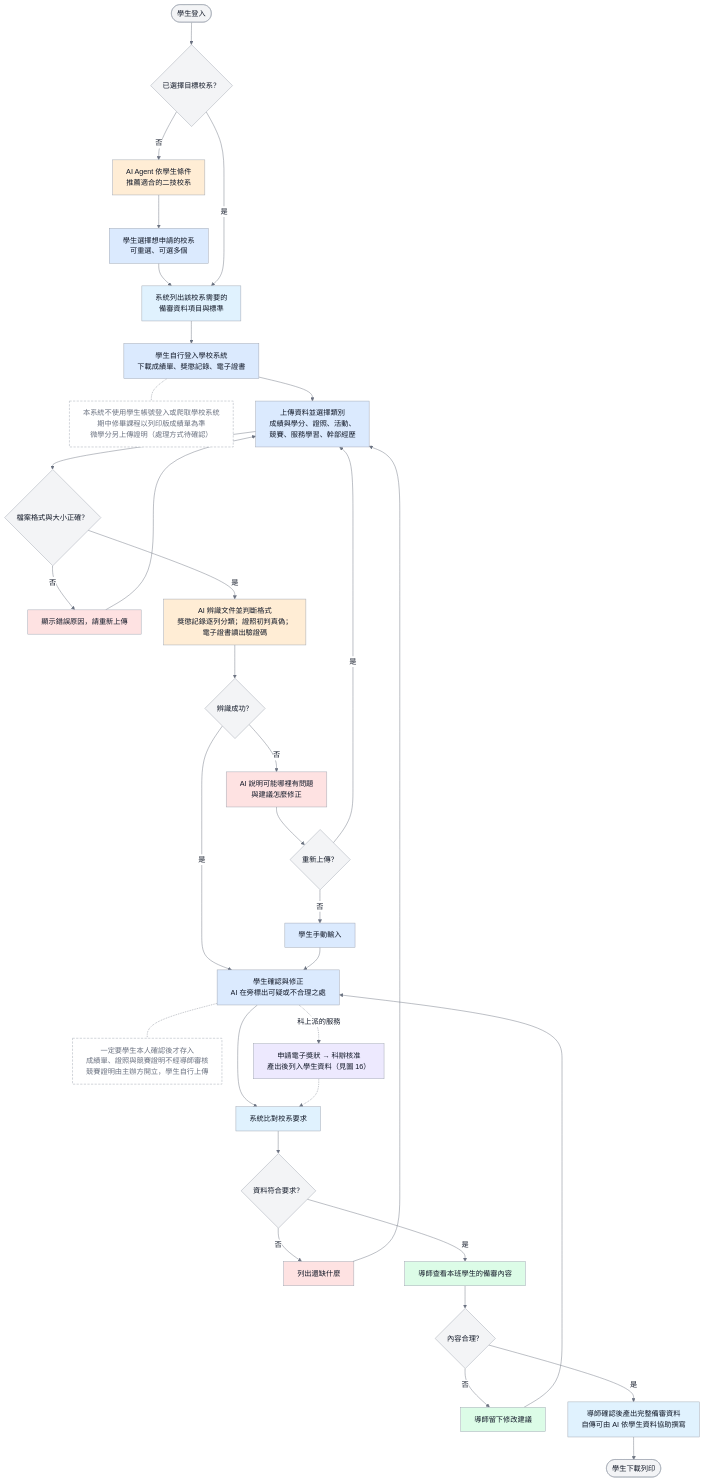
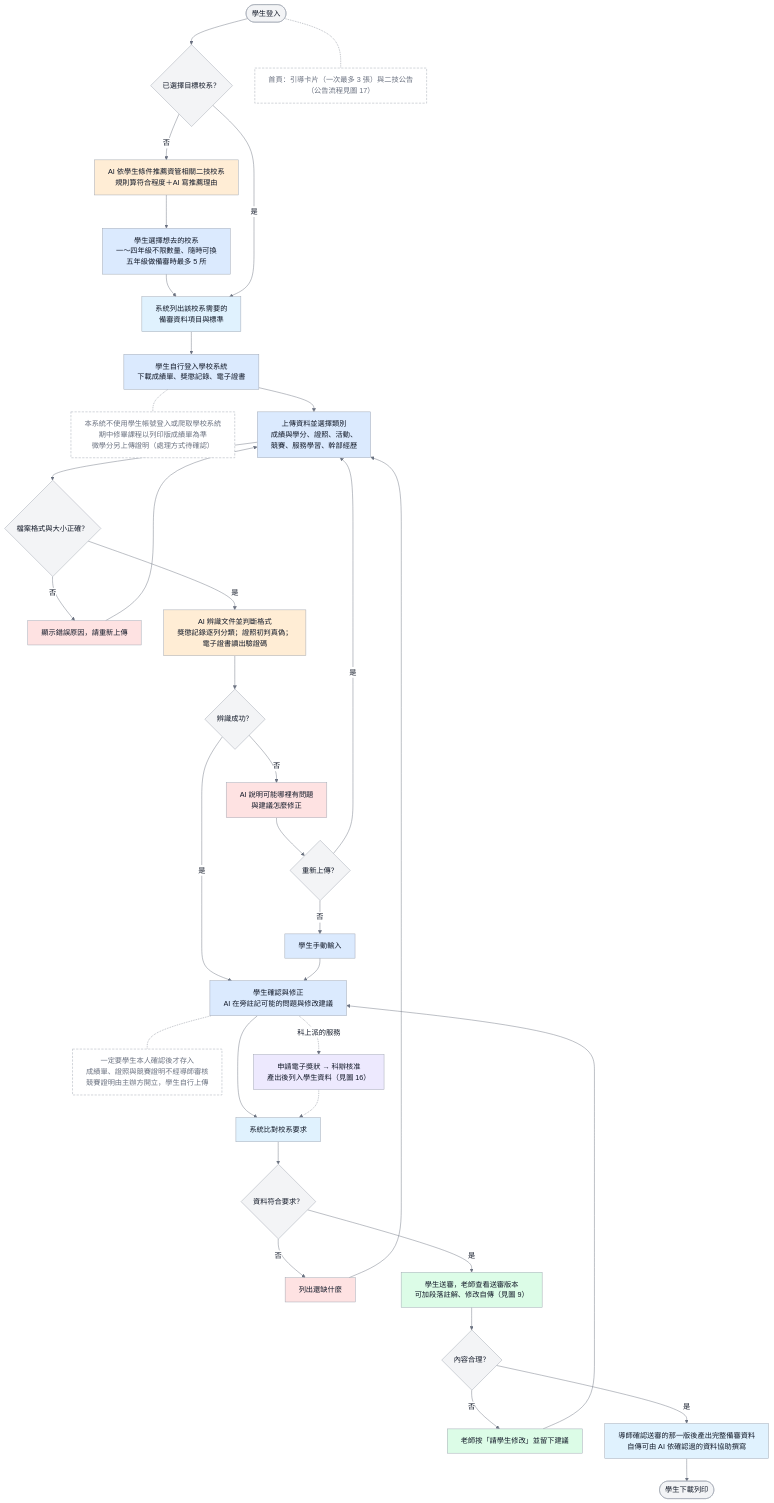
One commit to vujhdcusa/1028 changed the diagram in docs/images/D-10-main-line-flow.mmd. Above: the diagram before and after it, drawn with Mermaid. The commit also changed 42 other files, not shown here.

Commit message:
流程圖依 10-10 定案更新：圖 5、8、9、11～16 與使用案例圖；新增圖 17 二技公告；ERD 補 6 張表；新增流程圖彙整簡報（不覆蓋 10-07 討論簡報）

```diff
--- a/docs/images/D-10-main-line-flow.mmd
+++ b/docs/images/D-10-main-line-flow.mmd
@@ -1,42 +1,43 @@
 %%{init: {'theme':'base','themeVariables': {'fontFamily':'Microsoft JhengHei, Noto Sans TC, Arial, sans-serif','primaryColor':'#F3F4F6','primaryTextColor':'#111827','primaryBorderColor':'#9CA3AF','lineColor':'#6B7280','edgeLabelBackground':'#FFFFFF'},'flowchart':{'wrappingWidth':400}}}%%
 flowchart TD
     classDef student fill:#DBEAFE,stroke:#9CA3AF,color:#111827,stroke-width:1px;
     classDef system fill:#E0F2FE,stroke:#9CA3AF,color:#111827,stroke-width:1px;
     classDef teacher fill:#DCFCE7,stroke:#9CA3AF,color:#111827,stroke-width:1px;
     classDef staff fill:#EDE9FE,stroke:#9CA3AF,color:#111827,stroke-width:1px;
     classDef ai fill:#FFEDD5,stroke:#9CA3AF,color:#111827,stroke-width:1px;
     classDef alert fill:#FEE2E2,stroke:#9CA3AF,color:#111827,stroke-width:1px;
     classDef note fill:#FFFFFF,stroke:#9CA3AF,color:#6B7280,stroke-width:1px,stroke-dasharray:5 3;
 
     Start([學生登入]) --> HasTarget{已選擇目標校系？}
-    HasTarget -- 否 --> Recommend[AI Agent 依學生條件<br/>推薦適合的二技校系]:::ai
-    Recommend --> Choose[學生選擇想申請的校系<br/>可重選、可選多個]:::student
+    Start -.- Home[首頁：引導卡片（一次最多 3 張）與二技公告<br/>（公告流程見圖 17）]:::note
+    HasTarget -- 否 --> Recommend[AI 依學生條件推薦資管相關二技校系<br/>規則算符合程度＋AI 寫推薦理由]:::ai
+    Recommend --> Choose[學生選擇想去的校系<br/>一～四年級不限數量、隨時可換<br/>五年級做備審時最多 5 所]:::student
     Choose --> Req
     HasTarget -- 是 --> Req[系統列出該校系需要的<br/>備審資料項目與標準]:::system
     Req --> Download[學生自行登入學校系統<br/>下載成績單、獎懲記錄、電子證書]:::student
     Download -.- Note1[本系統不使用學生帳號登入或爬取學校系統<br/>期中修畢課程以列印版成績單為準<br/>微學分另上傳證明（處理方式待確認）]:::note
     Download --> Upload[上傳資料並選擇類別<br/>成績與學分、證照、活動、<br/>競賽、服務學習、幹部經歷]:::student
     Upload --> FileOK{檔案格式與大小正確？}
     FileOK -- 否 --> FileErr[顯示錯誤原因，請重新上傳]:::alert
     FileErr --> Upload
     FileOK -- 是 --> Extract[AI 辨識文件並判斷格式<br/>獎懲記錄逐列分類；證照初判真偽；<br/>電子證書讀出驗證碼]:::ai
     Extract --> Recognized{辨識成功？}
     Recognized -- 否 --> Explain[AI 說明可能哪裡有問題<br/>與建議怎麼修正]:::alert
     Explain --> Retry{重新上傳？}
     Retry -- 是 --> Upload
     Retry -- 否 --> Manual[學生手動輸入]:::student
-    Recognized -- 是 --> Confirm[學生確認與修正<br/>AI 在旁標出可疑或不合理之處]:::student
+    Recognized -- 是 --> Confirm[學生確認與修正<br/>AI 在旁註記可能的問題與修改建議]:::student
     Manual --> Confirm
     Confirm -.- Note2[一定要學生本人確認後才存入<br/>成績單、證照與競賽證明不經導師審核<br/>競賽證明由主辦方開立，學生自行上傳]:::note
     Confirm --> Compare[系統比對校系要求]:::system
     Confirm -.科上派的服務.-> StaffRec[申請電子獎狀 → 科辦核准<br/>產出後列入學生資料（見圖 16）]:::staff
     StaffRec -.-> Compare
     Compare --> Enough{資料符合要求？}
     Enough -- 否 --> Missing[列出還缺什麼]:::alert
     Missing --> Upload
-    Enough -- 是 --> Teacher[導師查看本班學生的備審內容]:::teacher
+    Enough -- 是 --> Teacher[學生送審，老師查看送審版本<br/>可加段落註解、修改自傳（見圖 9）]:::teacher
     Teacher --> Reasonable{內容合理？}
-    Reasonable -- 否 --> Advice[導師留下修改建議]:::teacher
+    Reasonable -- 否 --> Advice[老師按「請學生修改」並留下建議]:::teacher
     Advice --> Confirm
-    Reasonable -- 是 --> Output[導師確認後產出完整備審資料<br/>自傳可由 AI 依學生資料協助撰寫]:::system
+    Reasonable -- 是 --> Output[導師確認送審的那一版後產出完整備審資料<br/>自傳可由 AI 依確認過的資料協助撰寫]:::system
     Output --> Print([學生下載列印])
```
